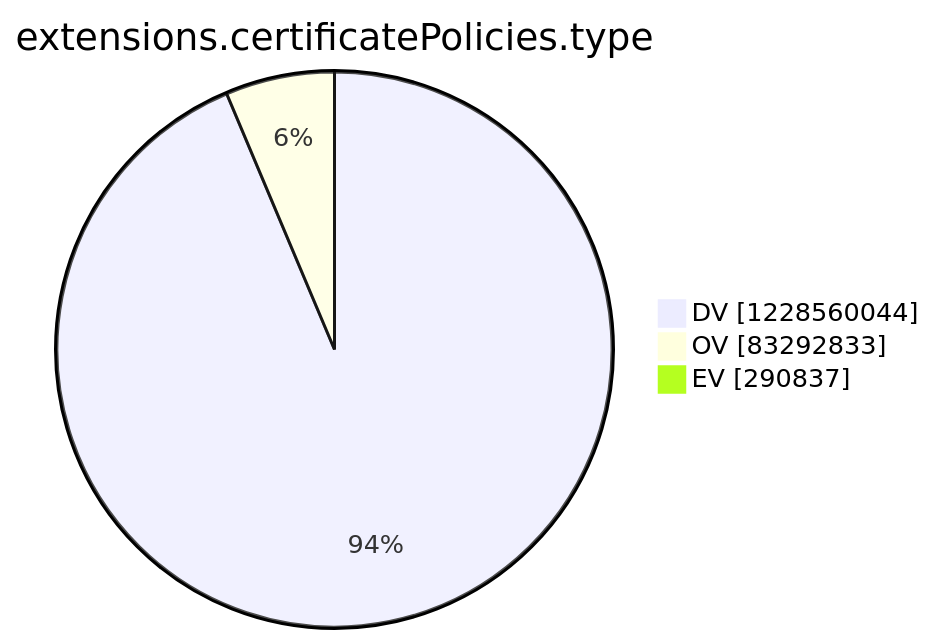
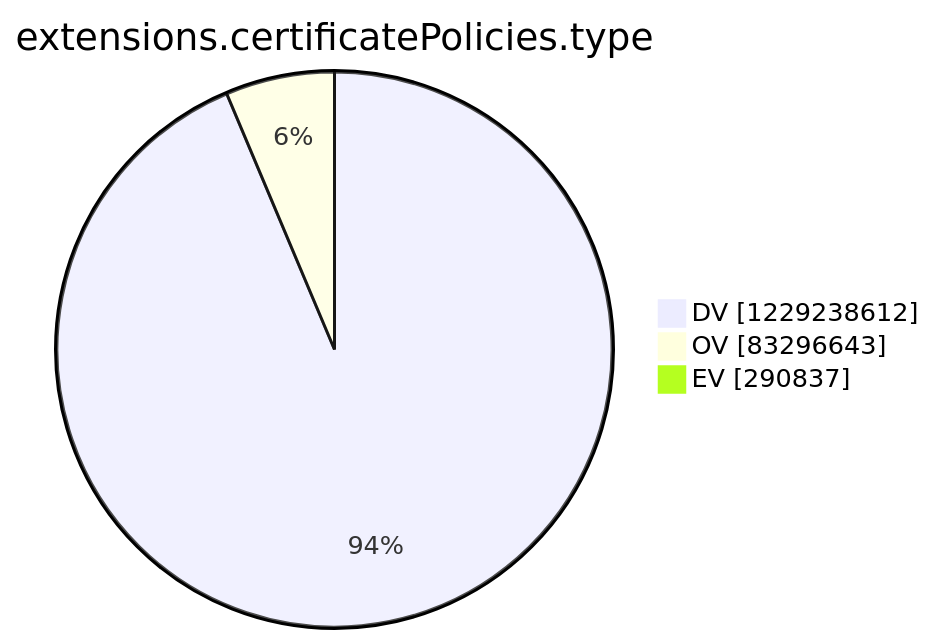
The tenth of 15 diagrams in argon2022/README.md (christiankrug/ctmonitor_visualization), drawn with Mermaid before and after one commit. The commit also changed other lines of this file, not shown here.

````diff
--- a/argon2022/README.md
+++ b/argon2022/README.md
@@ -2770,7 +2770,7 @@
 ```mermaid
 pie showData
 title extensions.certificatePolicies.type
-"DV" :1228560044
-"OV" :83292833
+"DV" :1229238612
+"OV" :83296643
 "EV" :290837
 ```
````
